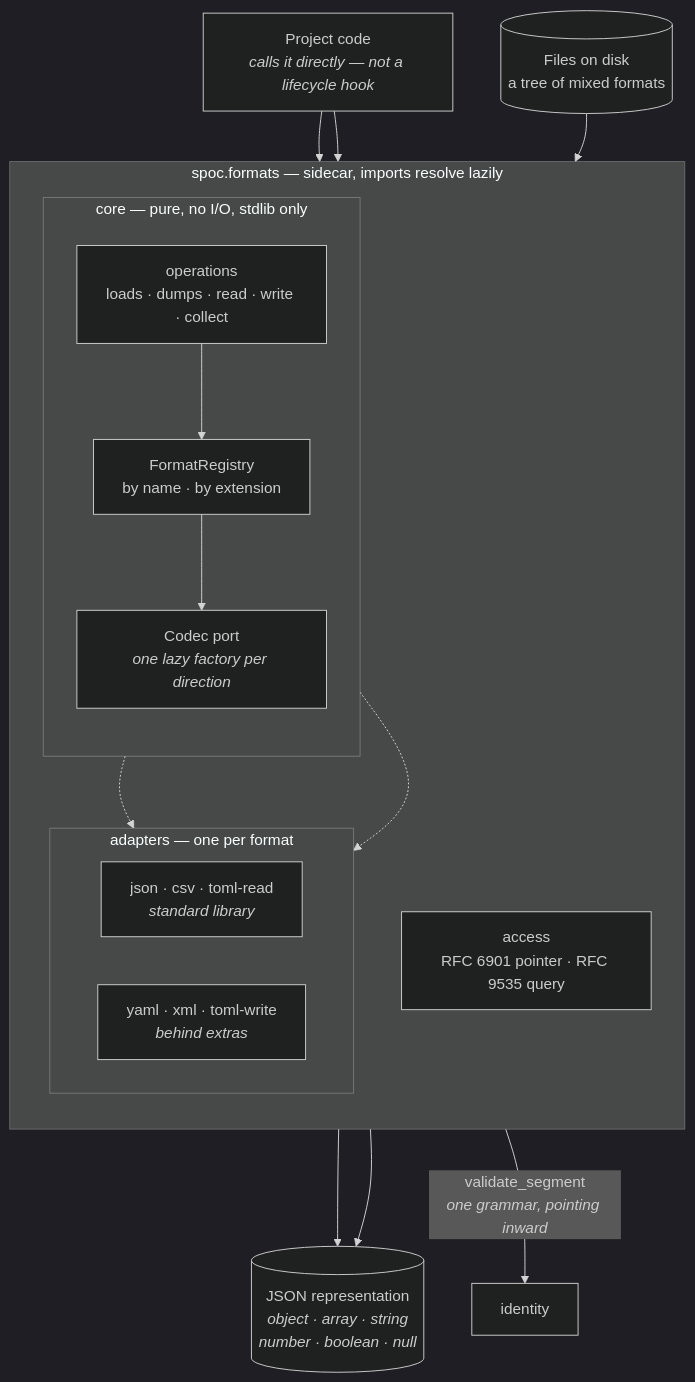
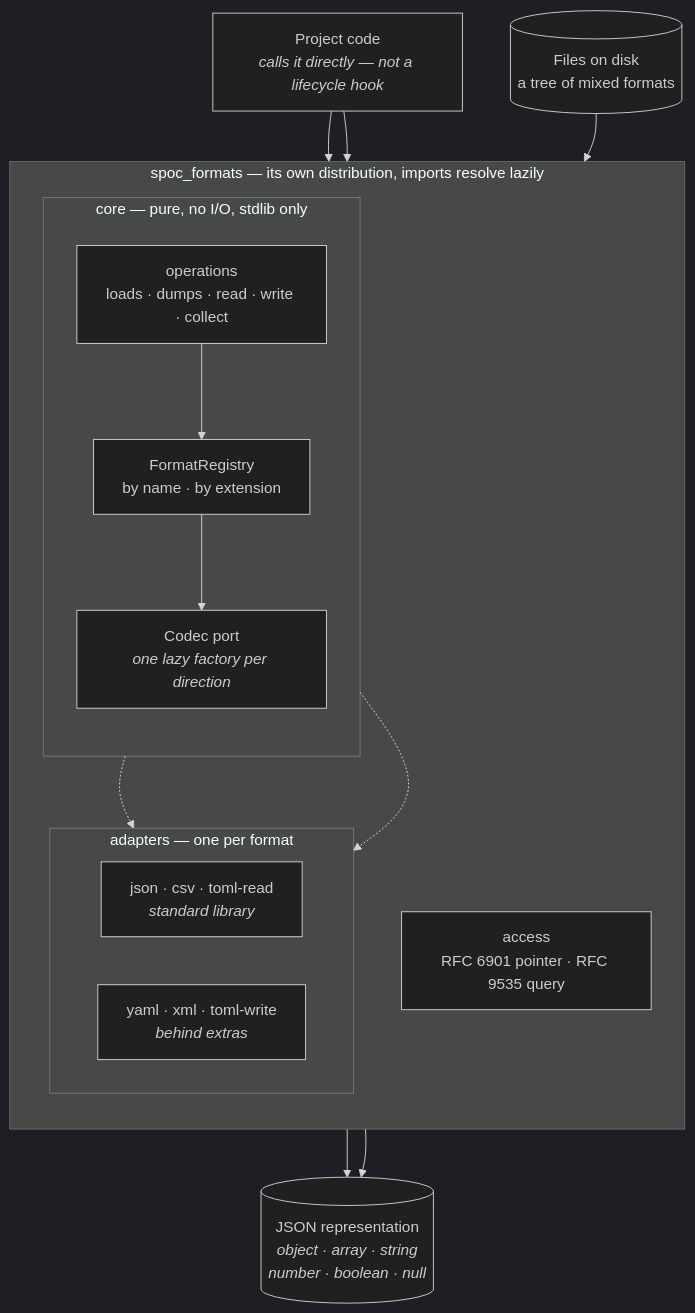
Before and after one commit to hlop3z/spoc: the seventh of 7 diagrams in docs/architecture/kernel.md, drawn with Mermaid (dark theme). The commit also changed other lines of this file and 19 other files, not shown here.

````diff
--- a/docs/architecture/kernel.md
+++ b/docs/architecture/kernel.md
@@ -183,36 +181,35 @@
 ```mermaid
 flowchart TB
     project["Project code<br/><i>calls it directly — not a lifecycle hook</i>"]
 
-    subgraph formats ["spoc.formats — sidecar, imports resolve lazily"]
+    subgraph formats ["spoc_formats — its own distribution, imports resolve lazily"]
         direction TB
 
         subgraph fcore ["core — pure, no I/O, stdlib only"]
             direction TB
             port["Codec port<br/><i>one lazy factory per direction</i>"]
             freg["FormatRegistry<br/>by name · by extension"]
             ops["operations<br/>loads · dumps · read · write · collect"]
         end
 
         subgraph fad ["adapters — one per format"]
             direction LR
             std["json · csv · toml-read<br/><i>standard library</i>"]
             opt["yaml · xml · toml-write<br/><i>behind extras</i>"]
         end
 
         access["access<br/>RFC 6901 pointer · RFC 9535 query"]
     end
 
     ir[("JSON representation<br/><i>object · array · string<br/>number · boolean · null</i>")]
     files[("Files on disk<br/>a tree of mixed formats")]
 
     project --> ops
     project --> access
     ops --> freg --> port
     port -.-> std
     port -.-> opt
     files --> ops
     ops --> ir
     access --> ir
-    formats -- "validate_segment<br/><i>one grammar, pointing inward</i>" --> identity
 ```
````
